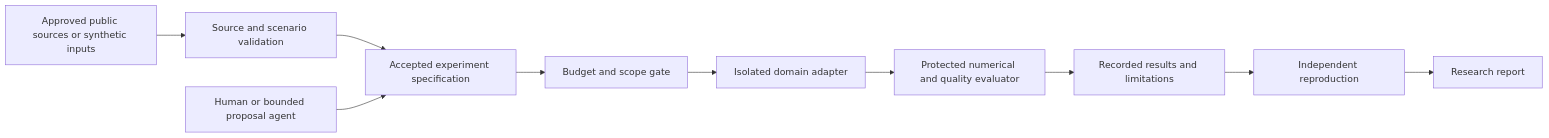
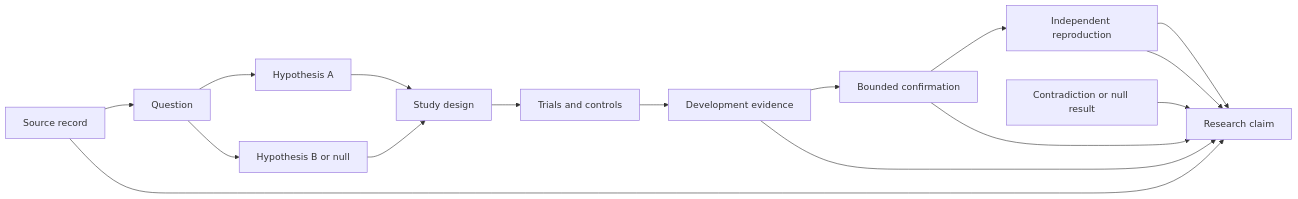
Before and after one commit to thepianistdirector/research-continuum: the diagram in ARCHITECTURE.md, drawn with Mermaid. The commit also changed other lines of this file and 9 other files, not shown here.

Commit message:
docs: establish research architecture and complete foundation wave

````diff
--- a/ARCHITECTURE.md
+++ b/ARCHITECTURE.md
@@ -15,12 +34,18 @@
 ```mermaid
 flowchart LR
-  A[Approved public sources or synthetic inputs] --> B[Source and scenario validation]
-  B --> C[Accepted experiment specification]
-  H[Human or bounded proposal agent] --> C
-  C --> D[Budget and scope gate]
-  D --> E[Isolated domain adapter]
-  E --> F[Protected numerical and quality evaluator]
-  F --> G[Recorded results and limitations]
-  G --> I[Independent reproduction]
-  I --> J[Research report]
+  S[Source record] --> Q[Question]
+  Q --> H1[Hypothesis A]
+  Q --> H2[Hypothesis B or null]
+  H1 --> D[Study design]
+  H2 --> D
+  D --> T[Trials and controls]
+  T --> E[Development evidence]
+  E --> C[Bounded confirmation]
+  C --> R[Independent reproduction]
+  R --> K[Research claim]
+  S --> K
+  E --> K
+  C --> K
+  R --> K
+  X[Contradiction or null result] --> K
 ```
````
